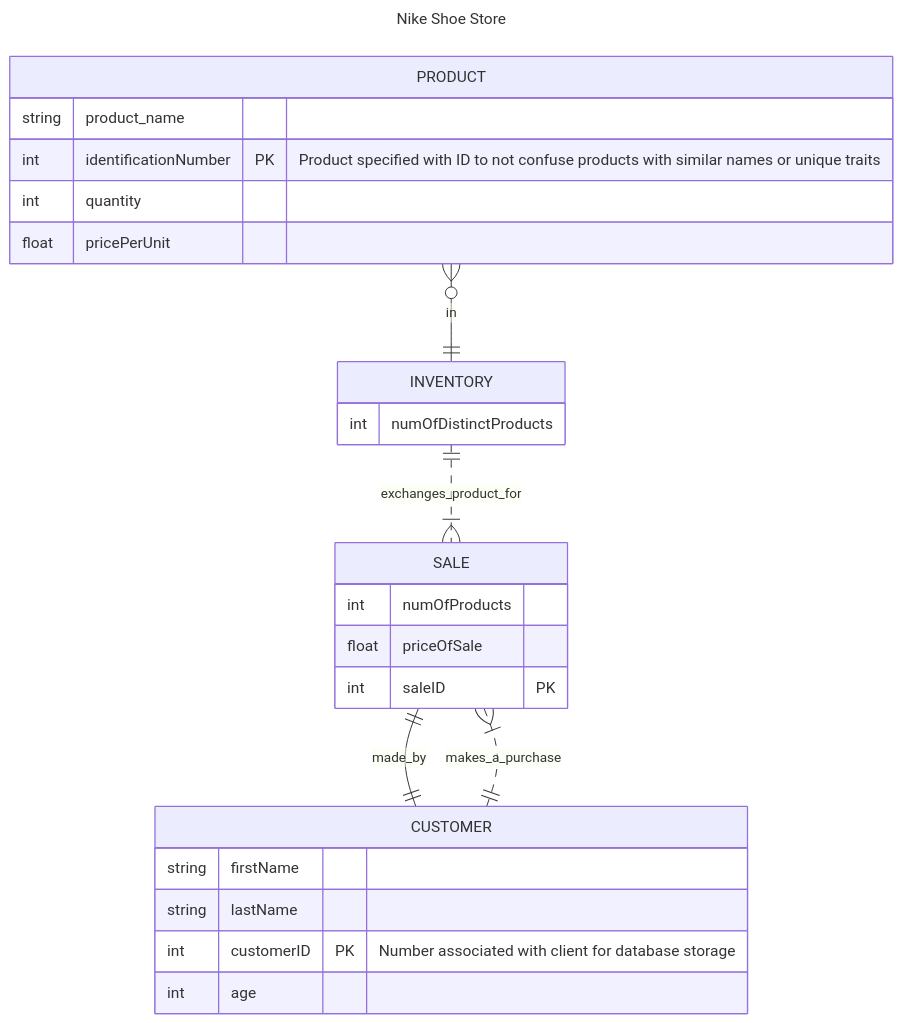
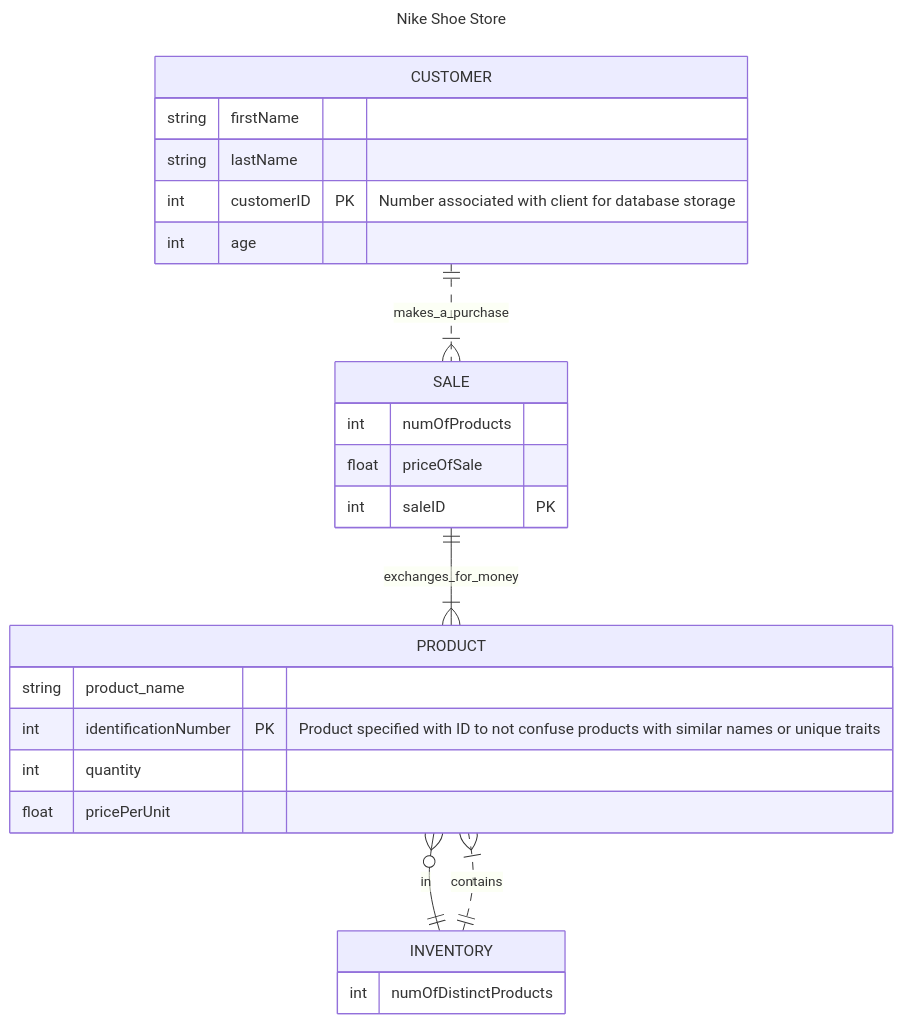
One commit to sccaster/sccaster.github.io changed the diagram in NikeStore_ERD.md. Above: the diagram before and after it, drawn with Mermaid.

Commit message:
Update NikeStore_ERD.md
fixed some flow of the ERD

````diff
--- a/NikeStore_ERD.md
+++ b/NikeStore_ERD.md
@@ -1,35 +1,35 @@
 ```mermaid
 ---
 title: Nike Shoe Store
 ---
 erDiagram
 
   PRODUCT {
     string product_name
     int identificationNumber PK "Product specified with ID to not confuse products with similar names or unique traits"
     int quantity
     float pricePerUnit
   }
  
   CUSTOMER {
     string firstName
     string lastName
     int customerID PK "Number associated with client for database storage"
     int age
   }
   
   SALE {
     int numOfProducts
     float priceOfSale
     int saleID PK
   }
   
   INVENTORY {
     int numOfDistinctProducts
     
   }
   CUSTOMER ||..|{ SALE : makes_a_purchase
-  INVENTORY ||..|{ SALE : exchanges_product_for
+  INVENTORY ||..|{ PRODUCT : contains
   PRODUCT }o--||INVENTORY : in
-  SALE ||--|| CUSTOMER : made_by
+  SALE ||--|{ PRODUCT : exchanges_for_money
 ```
````
